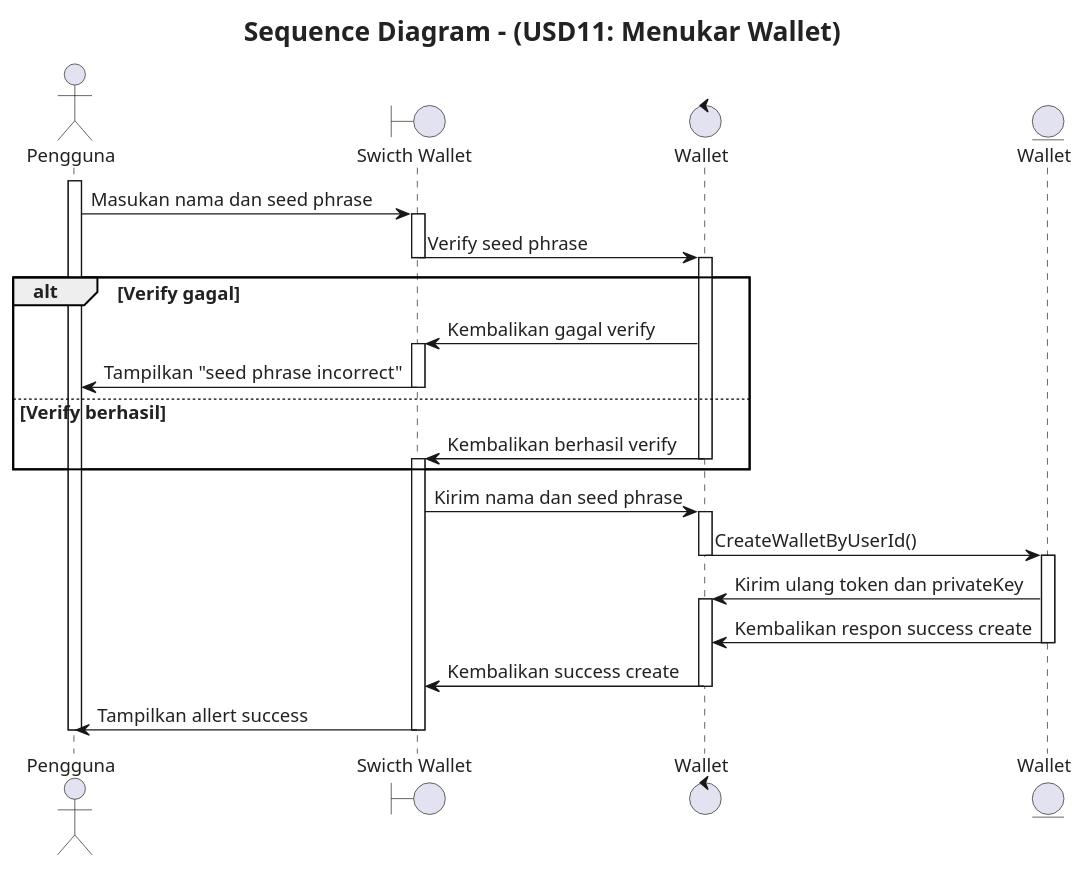
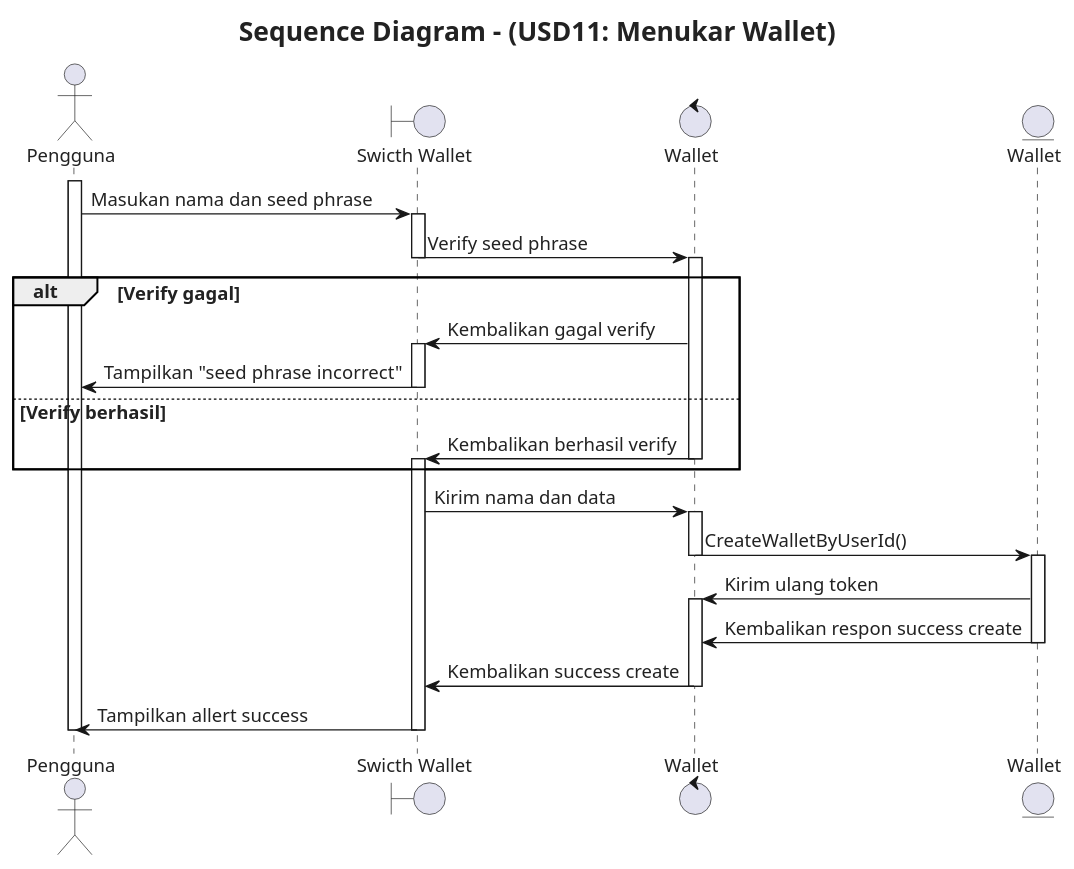
The diagram in sequence-diagram/11_Menukar wallet.puml (syafiq-ubay/walldoc-plantUML), drawn with PlantUML before and after one commit. The commit also changed 1 other file, not shown here.

```diff
--- a/sequence-diagram/11_Menukar wallet.puml
+++ b/sequence-diagram/11_Menukar wallet.puml
@@ -1,44 +1,44 @@
 @startuml
 skinparam defaultFontName "JetBrains Mono"
 skinparam defaultFontSize 14
 skinparam defaultFontColor #222222
 skinparam titleFontSize 20
 title Sequence Diagram - (USD11: Menukar Wallet)
 
 actor Pengguna as User
 boundary "Swicth Wallet" as View
 control "Wallet" as System
 entity "Wallet" as DB2
 
 activate User
 User -> View: Masukan nama dan seed phrase
 activate View
 View -> System: Verify seed phrase
 deactivate View
 activate System
 
 alt Verify gagal
     System -> View: Kembalikan gagal verify
     activate View
     View -> User: Tampilkan "seed phrase incorrect"
     deactivate View
 else Verify berhasil
     System -> View: Kembalikan berhasil verify
     deactivate System
     activate View
 end
-    View -> System: Kirim nama dan seed phrase
+    View -> System: Kirim nama dan data
     activate System
     System -> DB2: CreateWalletByUserId()
     deactivate System
     activate DB2
-    DB2 -> System: Kirim ulang token dan privateKey
+    DB2 -> System: Kirim ulang token
     activate System
     DB2 -> System: Kembalikan respon success create
     deactivate DB2
     System -> View: Kembalikan success create
     deactivate System
     View -> User: Tampilkan allert success
     deactivate View
 deactivate User
 @enduml
```
